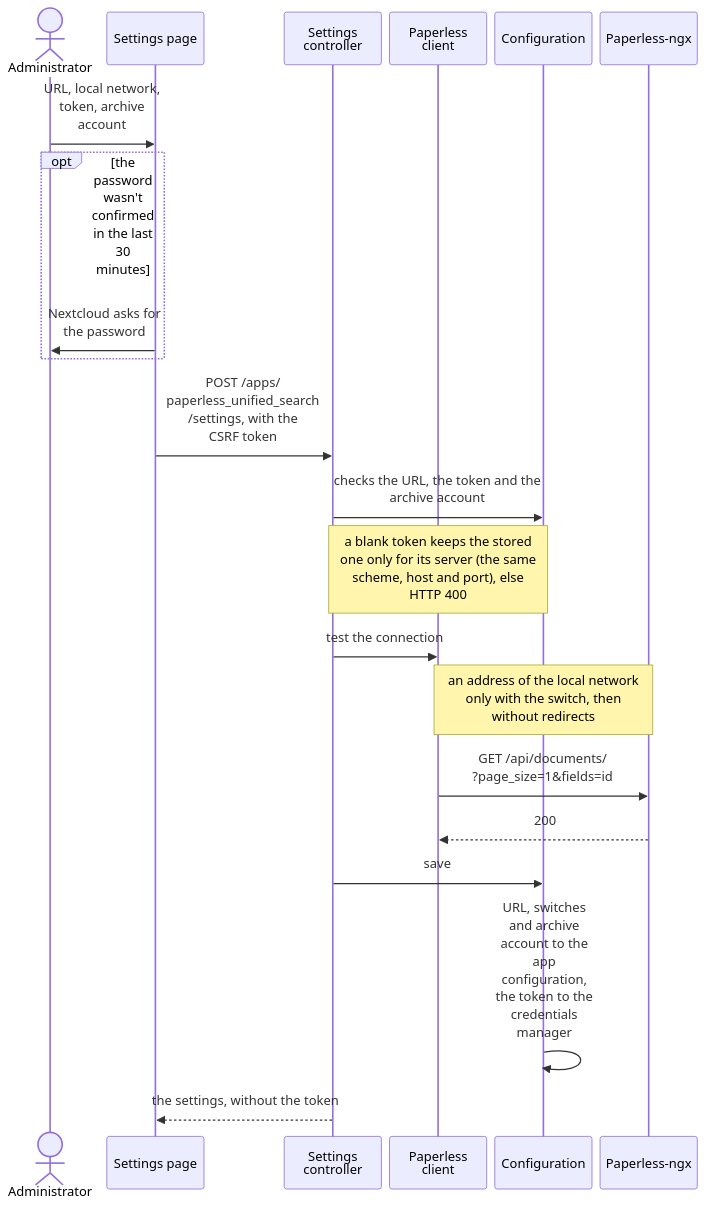
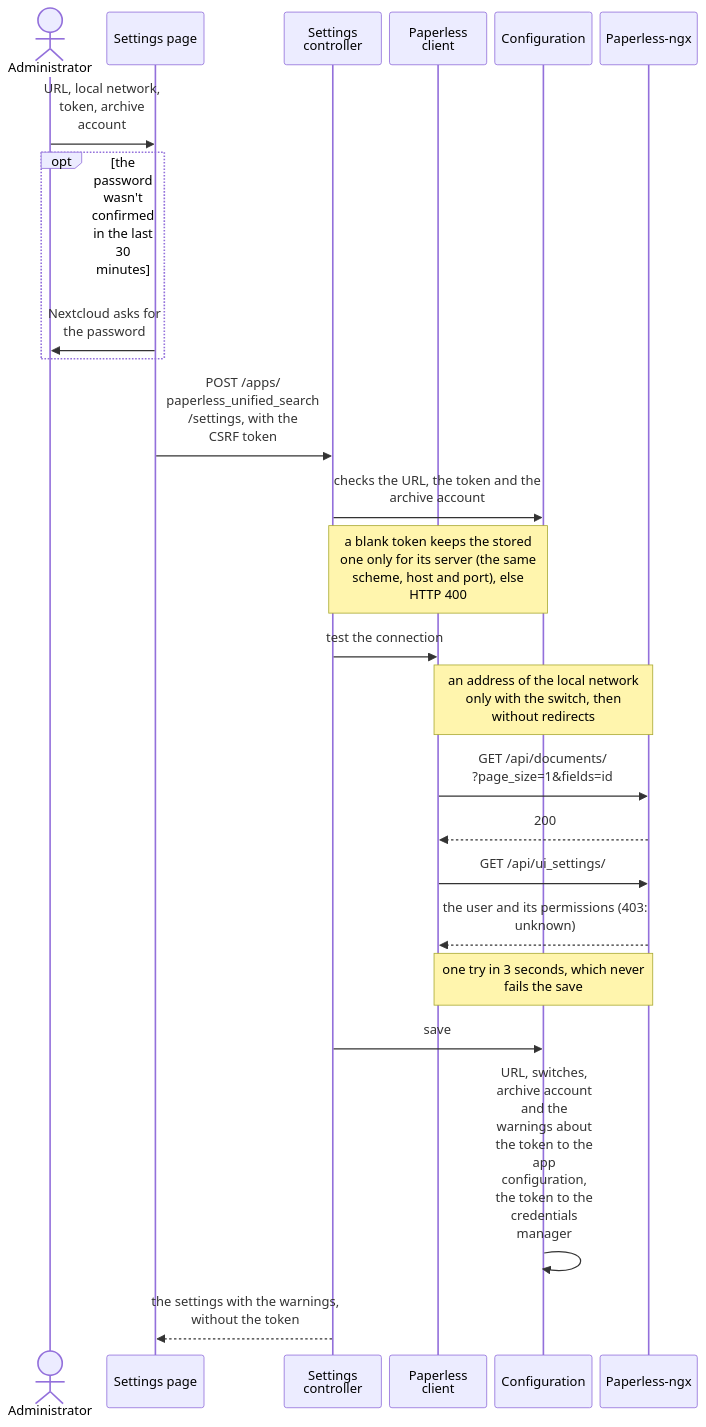
One commit to Dennis-Otto/paperless-unified-search changed the diagram in docs/diagrams/saving-the-settings.mmd. Above: the diagram before and after it, drawn with Mermaid. The commit also changed 66 other files, not shown here.

First line of the commit message:
feat(settings): warn when the API token can change documents or can't read the names that results show (#226)

```diff
--- a/docs/diagrams/saving-the-settings.mmd
+++ b/docs/diagrams/saving-the-settings.mmd
@@ -1,31 +1,34 @@
 ---
 config:
   sequence:
     wrap: true
     width: 120
     actorMargin: 10
 ---
 sequenceDiagram
     accTitle: Saving the settings
-    accDescr: The administrator enters the URL, whether Paperless runs in the local network, the token and the archive account. When the password wasn't confirmed in the last 30 minutes, Nextcloud asks for it first. The settings page sends them with the CSRF token to the settings controller, which checks the URL, the token and the archive account: a blank token keeps the stored one only for its server, the same scheme, host and port, and otherwise the answer is HTTP 400. Then the controller has the Paperless client test the connection with one request to Paperless-ngx, which Nextcloud lets reach an address of the local network only with the switch, and then without redirects. Only when Paperless answers does the configuration save them, the URL, the switches and the archive account in the app configuration and the token in the credentials manager. The page gets the settings back, without the token.
+    accDescr: The administrator enters the URL, whether Paperless runs in the local network, the token and the archive account. When the password wasn't confirmed in the last 30 minutes, Nextcloud asks for it first. The settings page sends them with the CSRF token to the settings controller, which checks the URL, the token and the archive account: a blank token keeps the stored one only for its server, the same scheme, host and port, and otherwise the answer is HTTP 400. Then the controller has the Paperless client test the connection with a request to Paperless-ngx, which Nextcloud lets reach an address of the local network only with the switch, and then without redirects. Only when Paperless answers does the client also ask /api/ui_settings/ what the account of the token may do, with one try in 3 seconds that never fails the save; Paperless refuses it with HTTP 403 to an account that may not view its UI settings, which leaves the warnings unknown. Then the configuration saves the URL, the switches, the archive account and the warnings about the token in the app configuration and the token in the credentials manager. The page gets the settings back with the warnings, without the token.
 
     actor Admin as Administrator
     participant Page as Settings page
     participant Controller as Settings controller
     participant Client as Paperless client
     participant Config as Configuration
     participant Paperless as Paperless-ngx
     Admin->>Page: URL, local network, token, archive account
     opt the password wasn't confirmed in the last 30 minutes
         Page->>Admin: Nextcloud asks for the password
     end
     Page->>Controller: POST /apps/<br>paperless_unified_search<br>/settings, with the<br>CSRF token
     Controller->>Config: checks the URL, the token and the archive account
     Note over Controller,Config: a blank token keeps the stored one only for its server (the same scheme, host and port), else HTTP 400
     Controller->>Client: test the connection
     Note over Client,Paperless: an address of the local network only with the switch, then without redirects
     Client->>Paperless: GET /api/documents/<br>?page_size=1&fields=id
     Paperless-->>Client: 200
+    Client->>Paperless: GET /api/ui_settings/
+    Paperless-->>Client: the user and its permissions (403: unknown)
+    Note over Client,Paperless: one try in 3 seconds, which never fails the save
     Controller->>Config: save
-    Config->>Config: URL, switches and archive account to the app configuration, the token to the credentials manager
-    Controller-->>Page: the settings, without the token
+    Config->>Config: URL, switches, archive account and the warnings about the token to the app configuration, the token to the credentials manager
+    Controller-->>Page: the settings with the warnings, without the token
```
